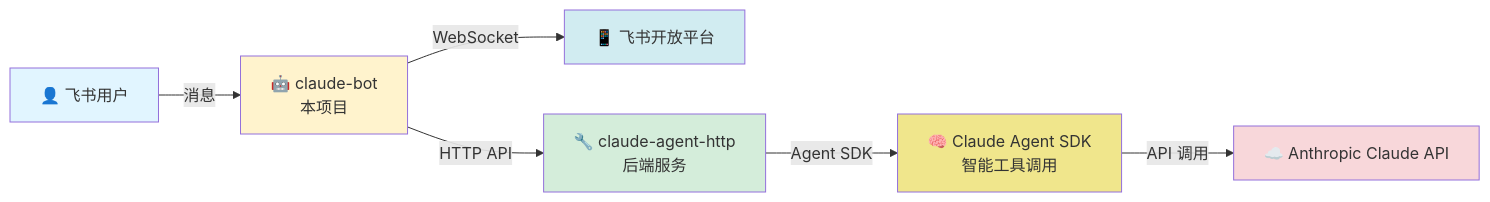
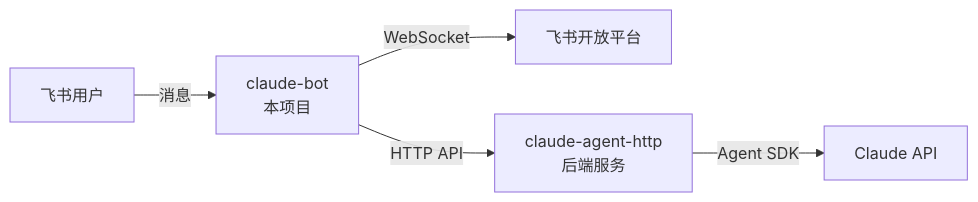
Before and after one commit to lflish/claude-lark: the diagram in README.md, drawn with Mermaid. The commit also changed other lines of this file and 3 other files, not shown here.

````diff
--- a/README.md
+++ b/README.md
@@ -27,15 +24,7 @@
 ```mermaid
 graph LR
-    A[👤 飞书用户] -->|消息| B[🤖 claude-bot<br/>本项目]
-    B -->|WebSocket| C[📱 飞书开放平台]
-    B -->|HTTP API| D[🔧 claude-agent-http<br/>后端服务]
-    D -->|Agent SDK| E[🧠 Claude Agent SDK<br/>智能工具调用]
-    E -->|API 调用| F[☁️ Anthropic Claude API]
-
-    style A fill:#e1f5ff
-    style B fill:#fff3cd
-    style C fill:#d1ecf1
-    style D fill:#d4edda
-    style E fill:#f0e68c
-    style F fill:#f8d7da
+    A[飞书用户] -->|消息| B[claude-bot<br/>本项目]
+    B -->|WebSocket| C[飞书开放平台]
+    B -->|HTTP API| D[claude-agent-http<br/>后端服务]
+    D -->|Agent SDK| E[Claude API]
 ```
````
